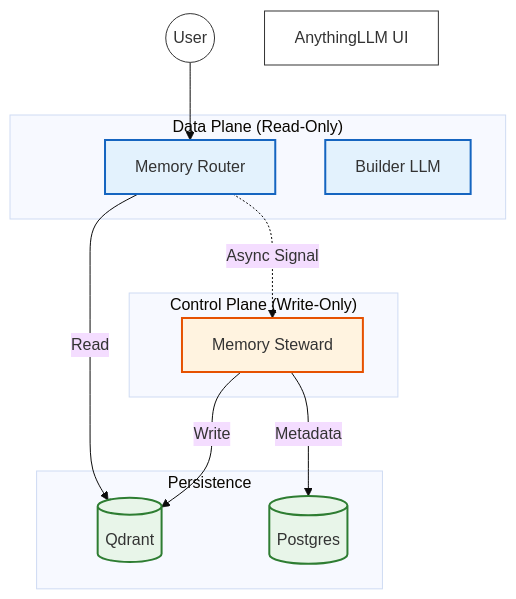
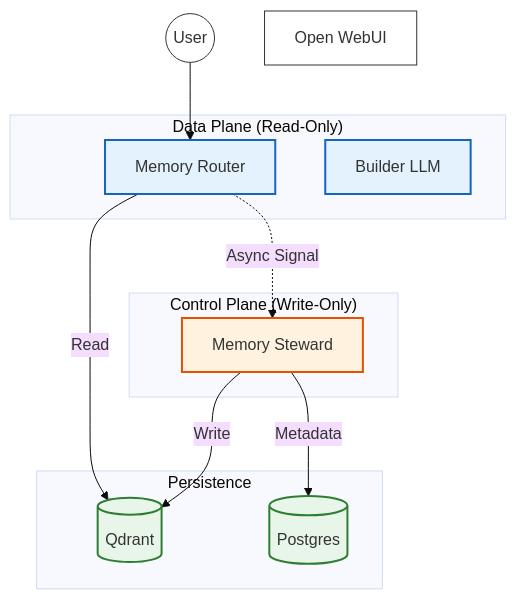
Before and after one commit to homel-dev/memory-steward: the first of 2 diagrams in ARCHITECTURE_CHEAT_SHEET.md, drawn with Mermaid (base theme). The commit also changed other lines of this file, not shown here.

````diff
--- a/ARCHITECTURE_CHEAT_SHEET.md
+++ b/ARCHITECTURE_CHEAT_SHEET.md
@@ -36,36 +41,36 @@
-~~~mermaid
+```mermaid
 graph TD
     User((User))
-    UI[AnythingLLM UI]
+    UI[Open WebUI]
 
     subgraph "Data Plane (Read-Only)"
         Router[Memory Router]
         Builder[Builder LLM]
     end
 
     subgraph "Control Plane (Write-Only)"
         Steward[Memory Steward]
     end
 
     subgraph "Persistence"
         DB[(Postgres)]
         Qdrant[(Qdrant)]
     end
 
     %% Styling
     classDef plain fill:#fff,stroke:#333,stroke-width:1px;
     classDef data fill:#e3f2fd,stroke:#1565c0,stroke-width:2px;
     classDef control fill:#fff3e0,stroke:#e65100,stroke-width:2px;
     classDef store fill:#e8f5e9,stroke:#2e7d32,stroke-width:2px;
 
     class User,UI plain;
     class Router,Builder data;
     class Steward control;
     class DB,Qdrant store;
 
     User --> Router
     Router -->|Read| Qdrant
     Router -.->|Async Signal| Steward
     Steward -->|Write| Qdrant
     Steward -->|Metadata| DB
-~~~
+```
````
